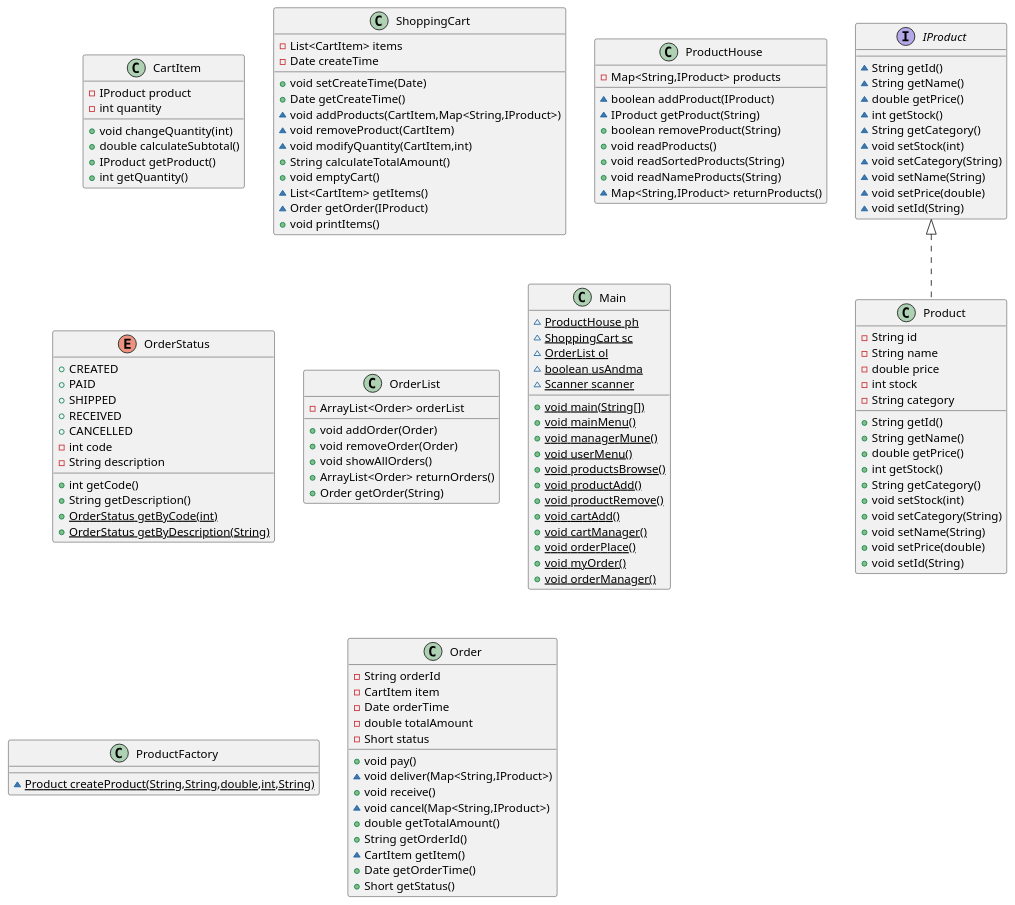
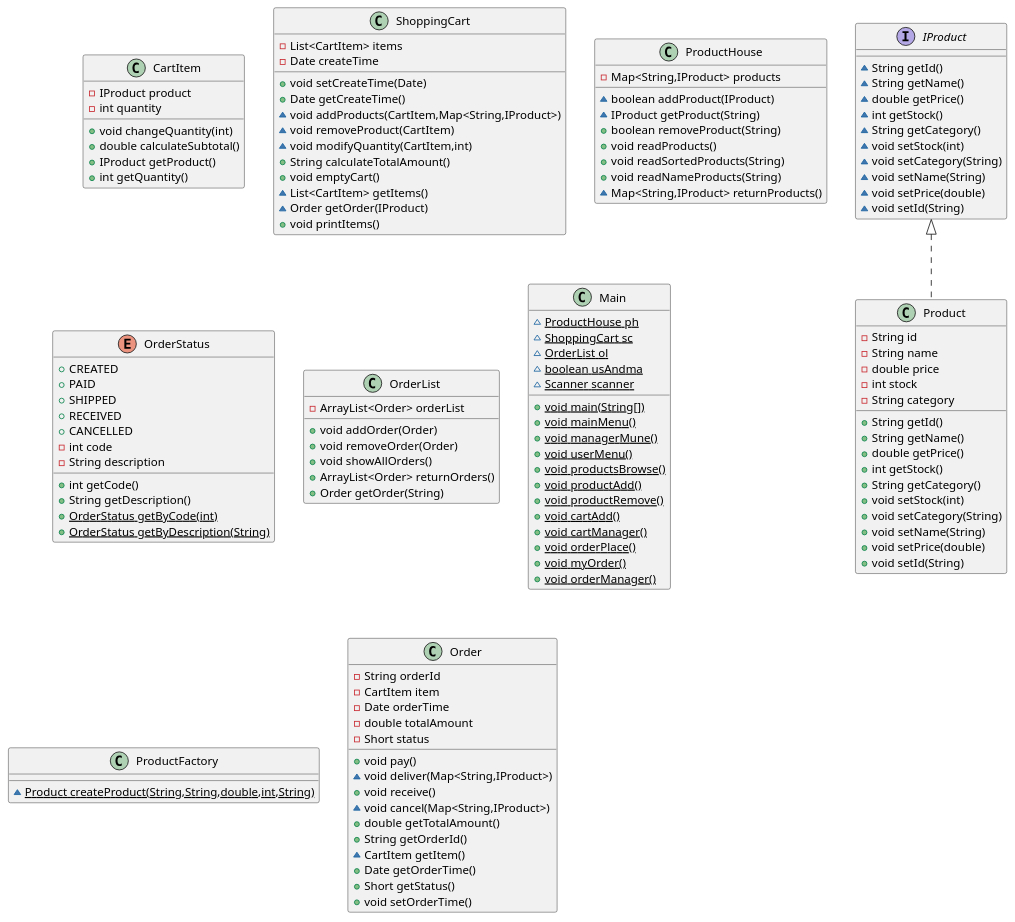
Before and after one commit to menghuiwangui/JavaOOPprojects: the diagram in onlineShoppingProjectClassDiagram.puml, drawn with PlantUML. The commit also changed 2 other files, not shown here.

```diff
--- a/onlineShoppingProjectClassDiagram.puml
+++ b/onlineShoppingProjectClassDiagram.puml
@@ -1,143 +1,144 @@
 @startuml
 class CartItem {
 - IProduct product
 - int quantity
 + void changeQuantity(int)
 + double calculateSubtotal()
 + IProduct getProduct()
 + int getQuantity()
 }
 
 
 class ShoppingCart {
 - List<CartItem> items
 - Date createTime
 + void setCreateTime(Date)
 + Date getCreateTime()
 ~ void addProducts(CartItem,Map<String,IProduct>)
 ~ void removeProduct(CartItem)
 ~ void modifyQuantity(CartItem,int)
 + String calculateTotalAmount()
 + void emptyCart()
 ~ List<CartItem> getItems()
 ~ Order getOrder(IProduct)
 + void printItems()
 }
 
 
 class ProductHouse {
 - Map<String,IProduct> products
 ~ boolean addProduct(IProduct)
 ~ IProduct getProduct(String)
 + boolean removeProduct(String)
 + void readProducts()
 + void readSortedProducts(String)
 + void readNameProducts(String)
 ~ Map<String,IProduct> returnProducts()
 }
 
 
 enum OrderStatus {
 +  CREATED
 +  PAID
 +  SHIPPED
 +  RECEIVED
 +  CANCELLED
 - int code
 - String description
 + int getCode()
 + String getDescription()
 + {static} OrderStatus getByCode(int)
 + {static} OrderStatus getByDescription(String)
 }
 
 
 class OrderList {
 - ArrayList<Order> orderList
 + void addOrder(Order)
 + void removeOrder(Order)
 + void showAllOrders()
 + ArrayList<Order> returnOrders()
 + Order getOrder(String)
 }
 
 
 class Main {
 ~ {static} ProductHouse ph
 ~ {static} ShoppingCart sc
 ~ {static} OrderList ol
 ~ {static} boolean usAndma
 ~ {static} Scanner scanner
 + {static} void main(String[])
 + {static} void mainMenu()
 + {static} void managerMune()
 + {static} void userMenu()
 + {static} void productsBrowse()
 + {static} void productAdd()
 + {static} void productRemove()
 + {static} void cartAdd()
 + {static} void cartManager()
 + {static} void orderPlace()
 + {static} void myOrder()
 + {static} void orderManager()
 }
 
 
 interface IProduct {
 ~ String getId()
 ~ String getName()
 ~ double getPrice()
 ~ int getStock()
 ~ String getCategory()
 ~ void setStock(int)
 ~ void setCategory(String)
 ~ void setName(String)
 ~ void setPrice(double)
 ~ void setId(String)
 }
 
 class Product {
 - String id
 - String name
 - double price
 - int stock
 - String category
 + String getId()
 + String getName()
 + double getPrice()
 + int getStock()
 + String getCategory()
 + void setStock(int)
 + void setCategory(String)
 + void setName(String)
 + void setPrice(double)
 + void setId(String)
 }
 
 
 class ProductFactory {
 ~ {static} Product createProduct(String,String,double,int,String)
 }
 
 class Order {
 - String orderId
 - CartItem item
 - Date orderTime
 - double totalAmount
 - Short status
 + void pay()
 ~ void deliver(Map<String,IProduct>)
 + void receive()
 ~ void cancel(Map<String,IProduct>)
 + double getTotalAmount()
 + String getOrderId()
 ~ CartItem getItem()
 + Date getOrderTime()
 + Short getStatus()
++ void setOrderTime()
 }
 
 
 
 
 IProduct <|.. Product
 @enduml
```
